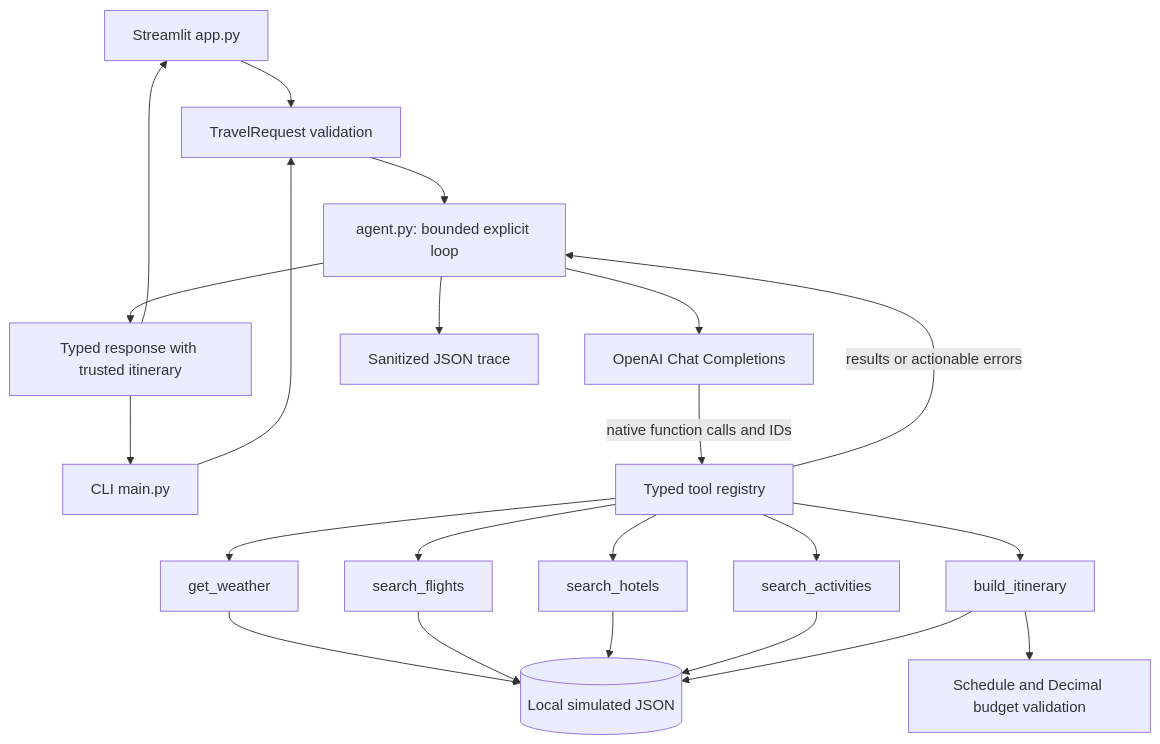
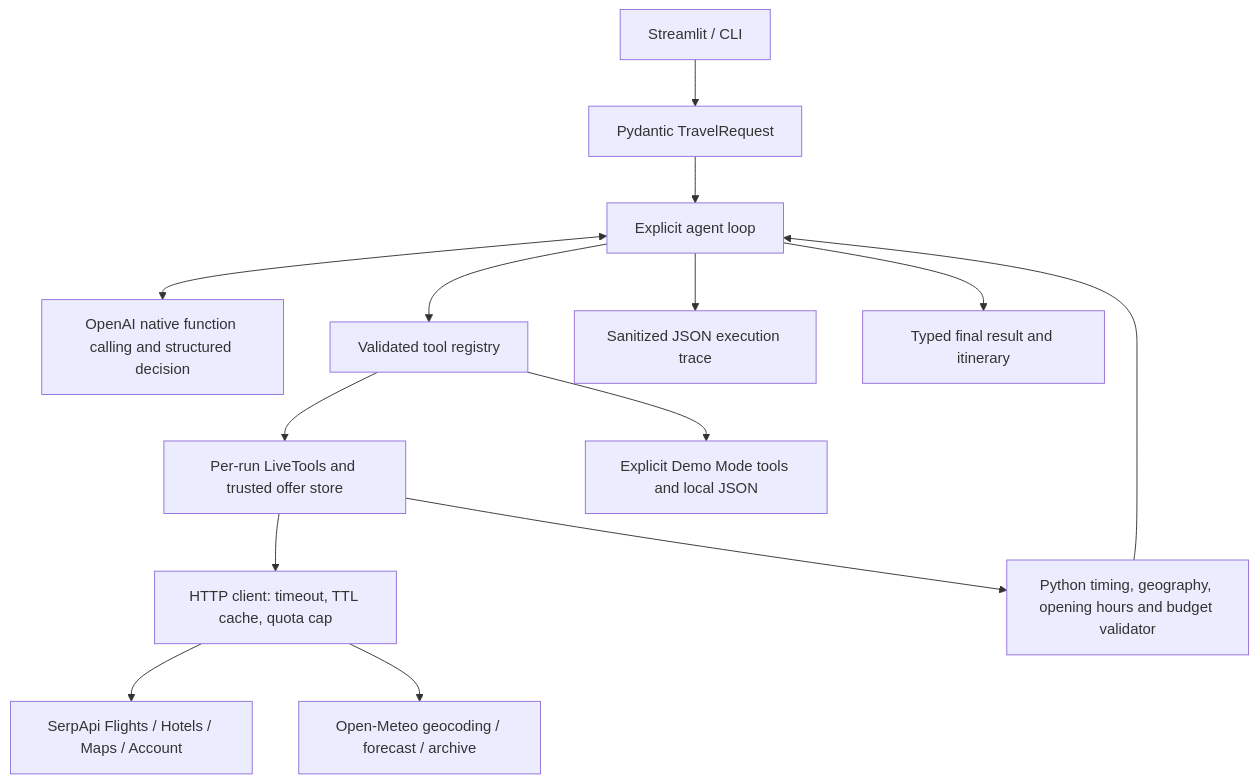
One commit to 02ionova/TripPilot changed the diagram in README.md. Above: the diagram before and after it, drawn with Mermaid. The commit also changed other lines of this file and 31 other files, not shown here.

Commit message:
Integrate live SerpApi and Open-Meteo travel planning

````diff
--- a/README.md
+++ b/README.md
@@ -32,20 +34,16 @@
 ```mermaid
 flowchart TD
-    UI[Streamlit app.py] --> Input[TravelRequest validation]
-    CLI[CLI main.py] --> Input
-    Input --> Loop[agent.py: bounded explicit loop]
-    Loop --> LLM[OpenAI Chat Completions]
-    LLM -->|native function calls and IDs| Dispatch[Typed tool registry]
-    Dispatch --> Weather[get_weather]
-    Dispatch --> Flights[search_flights]
-    Dispatch --> Hotels[search_hotels]
-    Dispatch --> Activities[search_activities]
-    Dispatch --> Build[build_itinerary]
-    Weather & Flights & Hotels & Activities & Build --> Data[(Local simulated JSON)]
-    Dispatch -->|results or actionable errors| Loop
-    Build --> Validation[Schedule and Decimal budget validation]
-    Loop --> Final[Typed response with trusted itinerary]
-    Loop --> Trace[Sanitized JSON trace]
-    Final --> UI
-    Final --> CLI
+    UI[Streamlit / CLI] --> Input[Pydantic TravelRequest]
+    Input --> Agent[Explicit agent loop]
+    Agent <--> Model[OpenAI native function calling and structured decision]
+    Agent --> Registry[Validated tool registry]
+    Registry --> Live[Per-run LiveTools and trusted offer store]
+    Live --> Client[HTTP client: timeout, TTL cache, quota cap]
+    Client --> Serp[SerpApi Flights / Hotels / Maps / Account]
+    Client --> Weather[Open-Meteo geocoding / forecast / archive]
+    Live --> Builder[Python timing, geography, opening hours and budget validator]
+    Builder --> Agent
+    Registry --> Demo[Explicit Demo Mode tools and local JSON]
+    Agent --> Trace[Sanitized JSON execution trace]
+    Agent --> Output[Typed final result and itinerary]
 ```
````
